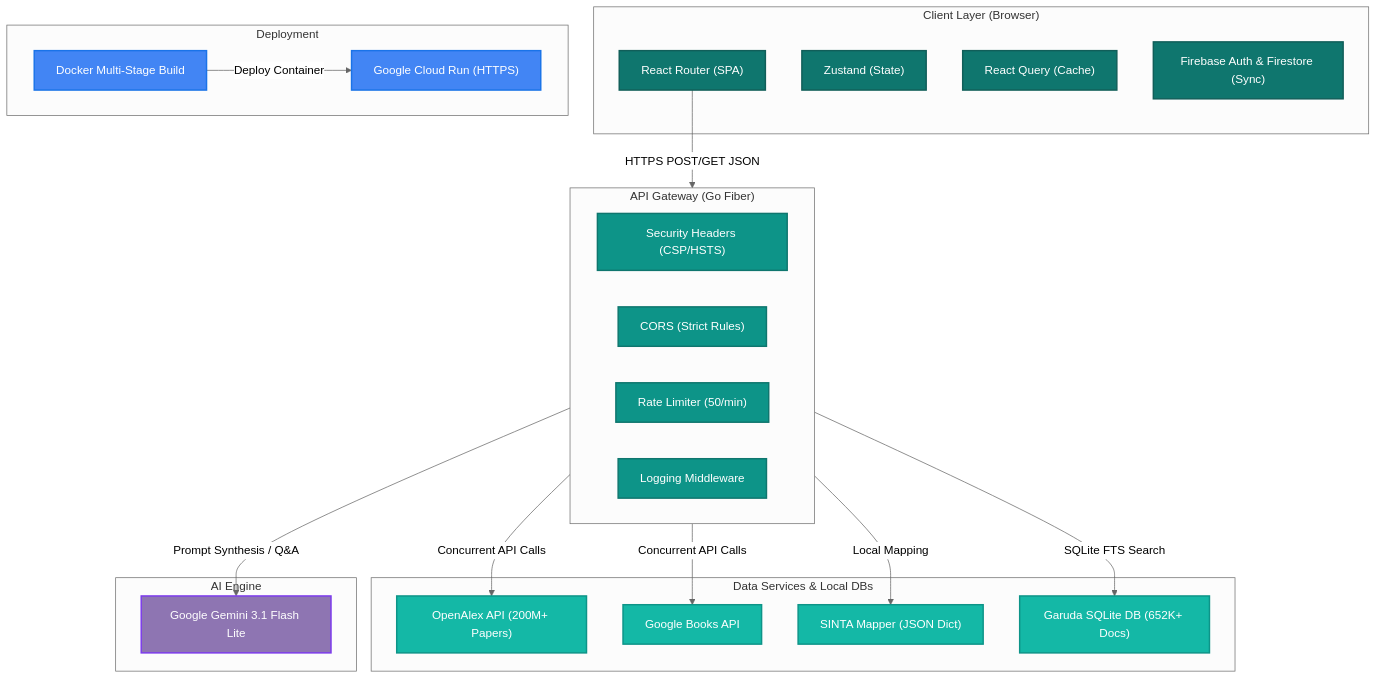
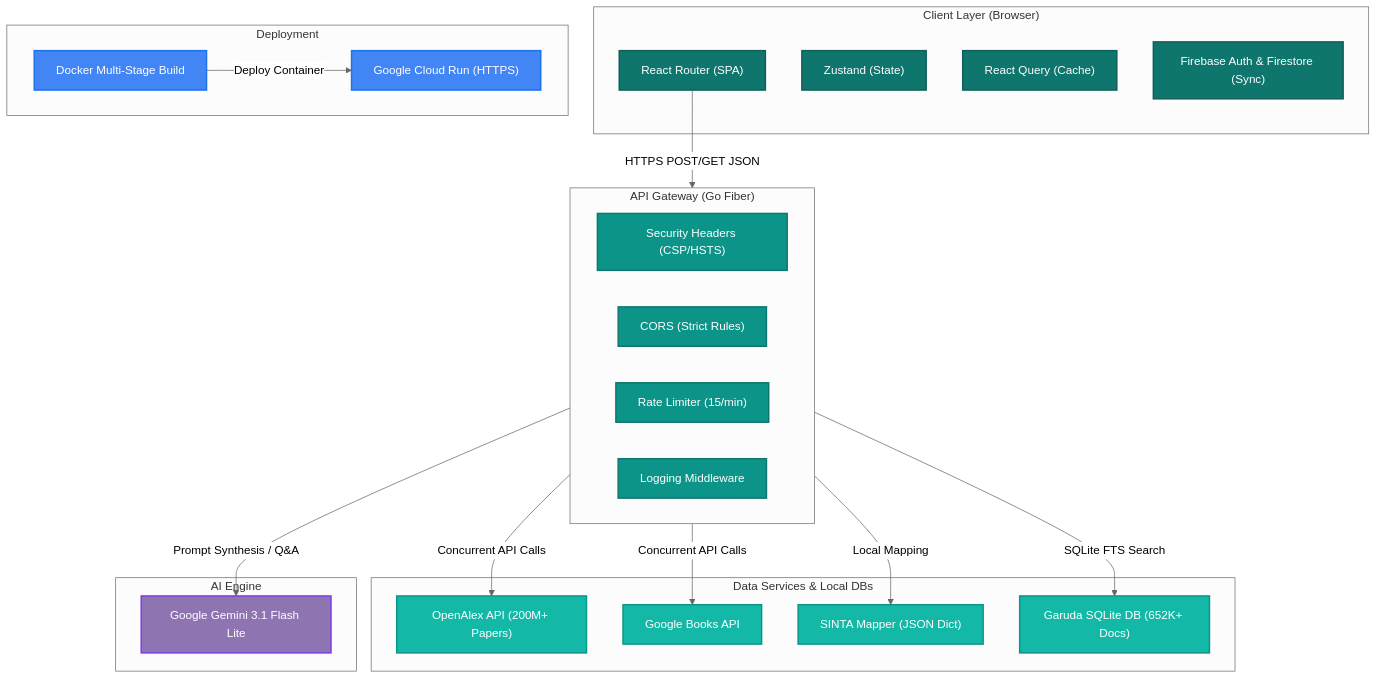
One commit to Yogs4R/fuenzer-research changed the second of 3 diagrams in README.md. Above: the diagram before and after it, drawn with Mermaid (neutral theme). The commit also changed other lines of this file and 3 other files, not shown here.

Commit message:
feat: reduce rate limiter to 15 req/min and sync structure docs in sub-READMEs

````diff
--- a/README.md
+++ b/README.md
@@ -196,59 +168,59 @@
 ```mermaid
 graph TD
     classDef client fill:#0f766e,stroke:#115e59,stroke-width:2px,color:#fff;
     classDef gateway fill:#0d9488,stroke:#0f766e,stroke-width:2px,color:#fff;
     classDef service fill:#14b8a6,stroke:#0d9488,stroke-width:2px,color:#fff;
     classDef database fill:#2dd4bf,stroke:#14b8a6,stroke-width:2px,color:#000;
     classDef ai fill:#8e75b2,stroke:#7c3aed,stroke-width:2px,color:#fff;
     classDef deploy fill:#4285f4,stroke:#1a73e8,stroke-width:2px,color:#fff;
 
     %% Client Layer
     subgraph Client ["Client Layer (Browser)"]
         SPA["React Router (SPA)"]
         Store["Zustand (State)"]
         Cache["React Query (Cache)"]
         Auth["Firebase Auth & Firestore (Sync)"]
     end
 
     %% Gateway Layer
     subgraph Gateway ["API Gateway (Go Fiber)"]
         Security["Security Headers (CSP/HSTS)"]
         CORS["CORS (Strict Rules)"]
-        Limiter["Rate Limiter (50/min)"]
+        Limiter["Rate Limiter (15/min)"]
         Logging["Logging Middleware"]
     end
 
     %% Data Services
     subgraph Services ["Data Services & Local DBs"]
         OpenAlex["OpenAlex API (200M+ Papers)"]
         GoogleBooks["Google Books API"]
         SINTA["SINTA Mapper (JSON Dict)"]
         Garuda["Garuda SQLite DB (652K+ Docs)"]
     end
 
     %% AI Engine
     subgraph AIEngine ["AI Engine"]
         Gemini["Google Gemini 3.1 Flash Lite"]
     end
 
     %% Deployment
     subgraph ProdDeployment ["Deployment"]
         Docker["Docker Multi-Stage Build"]
         CloudRun["Google Cloud Run (HTTPS)"]
     end
 
     %% Relationships
     SPA -->|HTTPS POST/GET JSON| Gateway
     Gateway -->|Concurrent API Calls| OpenAlex
     Gateway -->|Concurrent API Calls| GoogleBooks
     Gateway -->|Local Mapping| SINTA
     Gateway -->|SQLite FTS Search| Garuda
     Gateway -->|Prompt Synthesis / Q&A| Gemini
     Docker -->|Deploy Container| CloudRun
 
     class SPA,Store,Cache,Auth client;
     class Security,CORS,Limiter,Logging gateway;
     class OpenAlex,GoogleBooks,SINTA,Garuda service;
     class Gemini ai;
     class Docker,CloudRun deploy;
 ```
````
